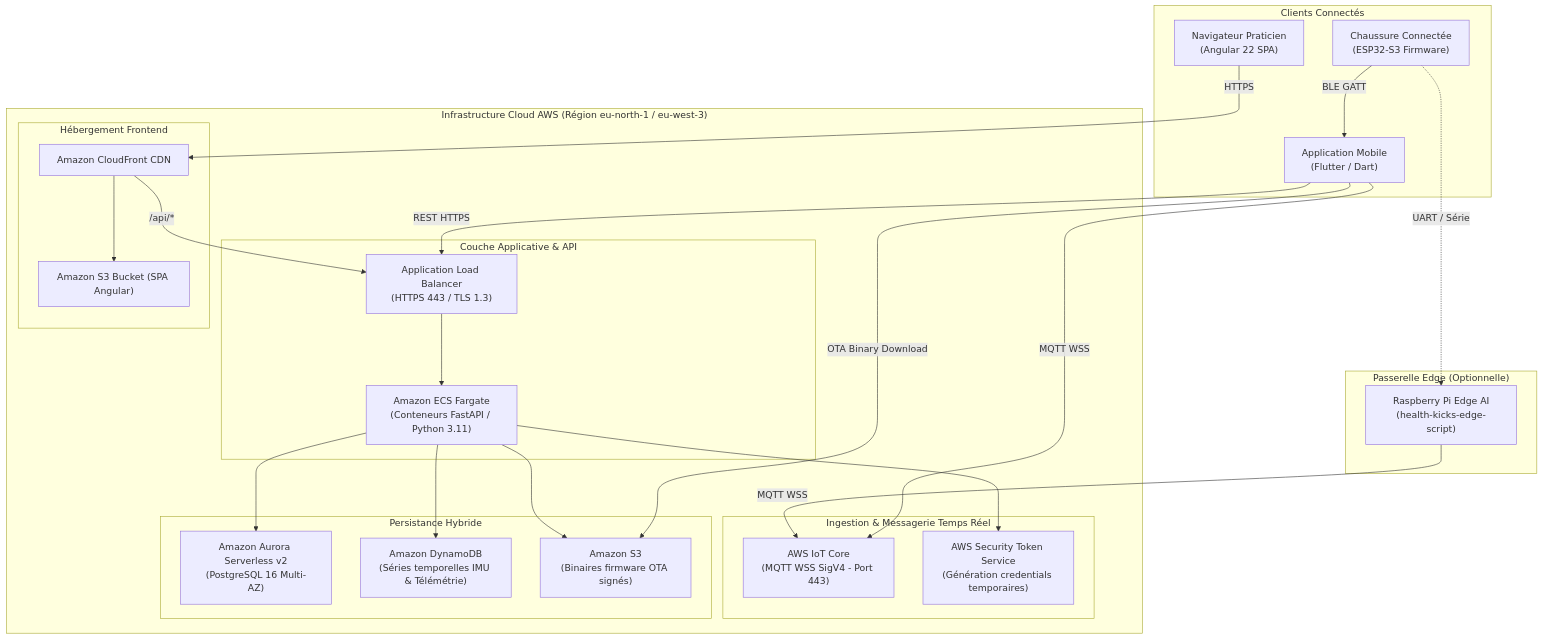
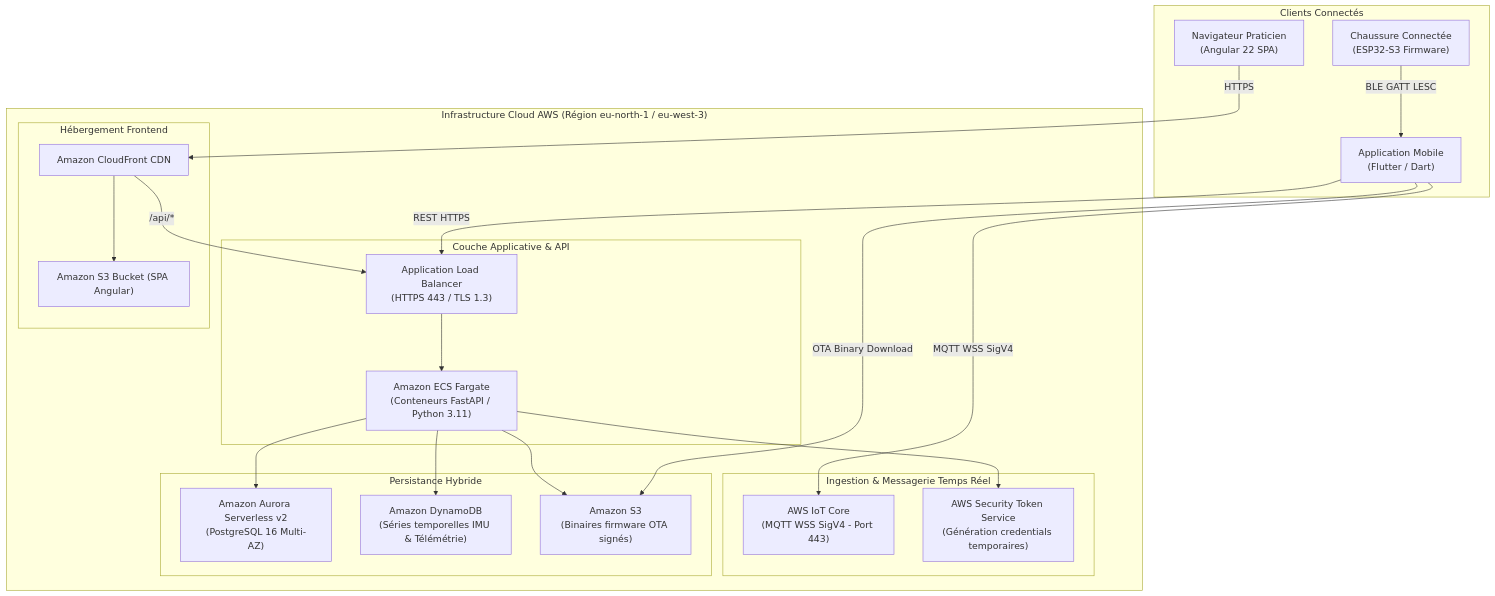
One commit to daverck/health-kicks-ecosystem changed the diagram in docs/deployment/aws_architecture.md. Above: the diagram before and after it, drawn with Mermaid. The commit also changed other lines of this file and 16 other files, not shown here.

Commit message:
chore(ecosystem): remove legacy health-kicks-edge-script submodule and clean ecosystem references

````diff
--- a/docs/deployment/aws_architecture.md
+++ b/docs/deployment/aws_architecture.md
@@ -9,50 +9,44 @@
 ```mermaid
 flowchart TD
     subgraph Clients["Clients Connectés"]
         Shoe["Chaussure Connectée<br/>(ESP32-S3 Firmware)"]
         Mobile["Application Mobile<br/>(Flutter / Dart)"]
         Web["Navigateur Praticien<br/>(Angular 22 SPA)"]
-    end
-
-    subgraph EdgeLayer["Passerelle Edge (Optionnelle)"]
-        Edge["Raspberry Pi Edge AI<br/>(health-kicks-edge-script)"]
     end
 
     subgraph AWSCloud["Infrastructure Cloud AWS (Région eu-north-1 / eu-west-3)"]
         subgraph Ingestion["Ingestion & Messagerie Temps Réel"]
             IoTCore["AWS IoT Core<br/>(MQTT WSS SigV4 - Port 443)"]
             STS["AWS Security Token Service<br/>(Génération credentials temporaires)"]
         end
 
         subgraph Compute["Couche Applicative & API"]
             ALB["Application Load Balancer<br/>(HTTPS 443 / TLS 1.3)"]
             ECS["Amazon ECS Fargate<br/>(Conteneurs FastAPI / Python 3.11)"]
         end
 
         subgraph Storage["Persistance Hybride"]
             Aurora["Amazon Aurora Serverless v2<br/>(PostgreSQL 16 Multi-AZ)"]
             Dynamo["Amazon DynamoDB<br/>(Séries temporelles IMU & Télémétrie)"]
             S3_Firmware["Amazon S3<br/>(Binaires firmware OTA signés)"]
         end
 
         subgraph FrontendHosting["Hébergement Frontend"]
             CF["Amazon CloudFront CDN"]
             S3_Web["Amazon S3 Bucket (SPA Angular)"]
         end
     end
 
-    Shoe -->|BLE GATT| Mobile
-    Shoe -.->|UART / Série| Edge
-    Edge -->|MQTT WSS| IoTCore
-    Mobile -->|MQTT WSS| IoTCore
+    Shoe -->|BLE GATT LESC| Mobile
+    Mobile -->|MQTT WSS SigV4| IoTCore
     Mobile -->|REST HTTPS| ALB
     Web -->|HTTPS| CF
     CF --> S3_Web
     CF -->|/api/*| ALB
     ALB --> ECS
     ECS --> STS
     ECS --> Aurora
     ECS --> Dynamo
     ECS --> S3_Firmware
     Mobile -->|OTA Binary Download| S3_Firmware
 ```
````
